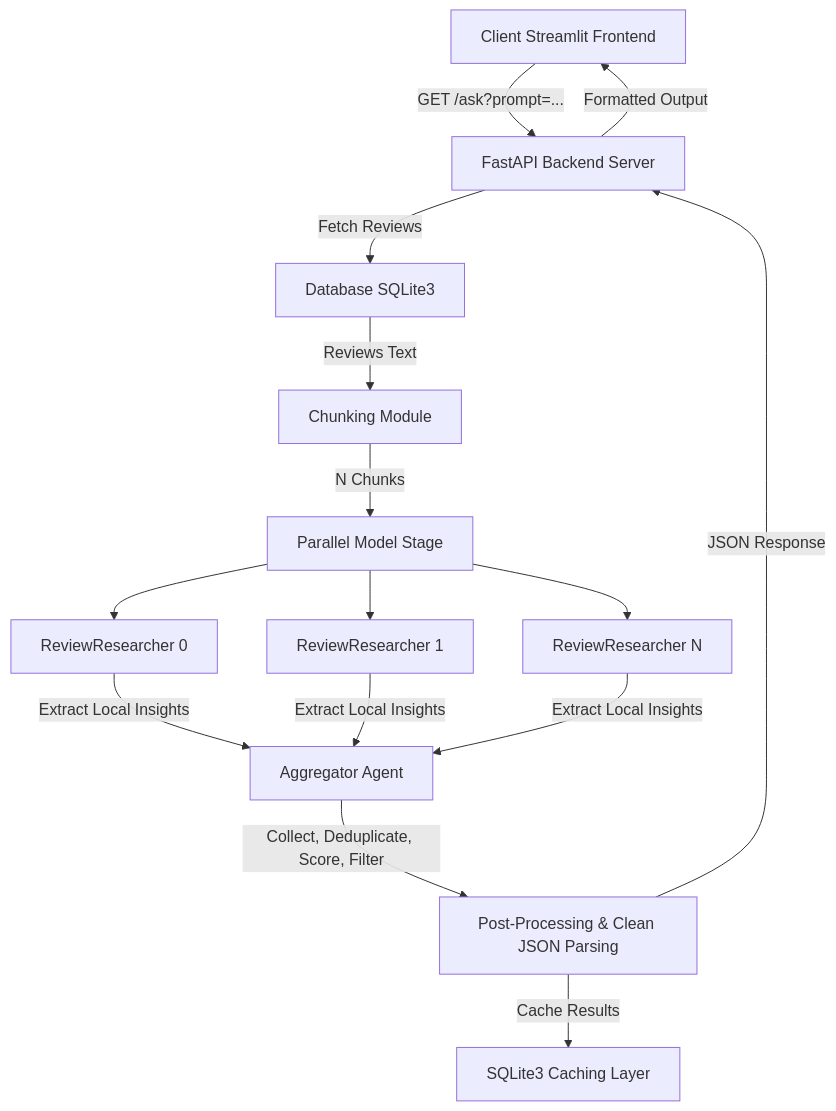
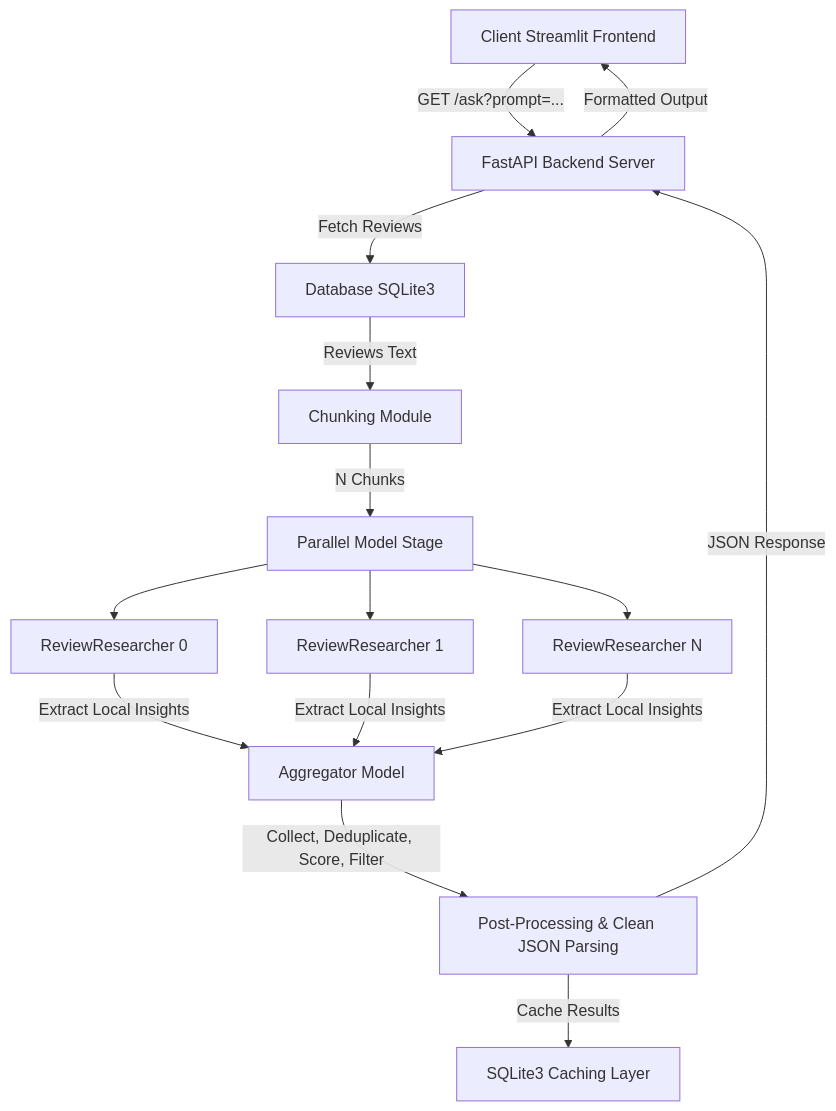
One commit to mhlohh/ai_business_insight changed the diagram in PROJECT_DOCUMENTATION.md. Above: the diagram before and after it, drawn with Mermaid. The commit also changed other lines of this file, not shown here.

````diff
--- a/PROJECT_DOCUMENTATION.md
+++ b/PROJECT_DOCUMENTATION.md
@@ -21,20 +21,20 @@
 ```mermaid
 graph TD
     A[Client Streamlit Frontend] -->|GET /ask?prompt=...| B[FastAPI Backend Server]
     B -->|Fetch Reviews| C[Database SQLite3]
     C -->|Reviews Text| D[Chunking Module]
     D -->|N Chunks| E[Parallel Model Stage]
     sub_agent_0[ReviewResearcher 0]
     sub_agent_1[ReviewResearcher 1]
     sub_agent_n[ReviewResearcher N]
     E --> sub_agent_0
     E --> sub_agent_1
     E --> sub_agent_n
-    sub_agent_0 -->|Extract Local Insights| F[Aggregator Agent]
+    sub_agent_0 -->|Extract Local Insights| F[Aggregator Model]
     sub_agent_1 -->|Extract Local Insights| F
     sub_agent_n -->|Extract Local Insights| F
     F -->|Collect, Deduplicate, Score, Filter| G[Post-Processing & Clean JSON Parsing]
     G -->|Cache Results| H[SQLite3 Caching Layer]
     G -->|JSON Response| B
     B -->|Formatted Output| A
 ```
````
